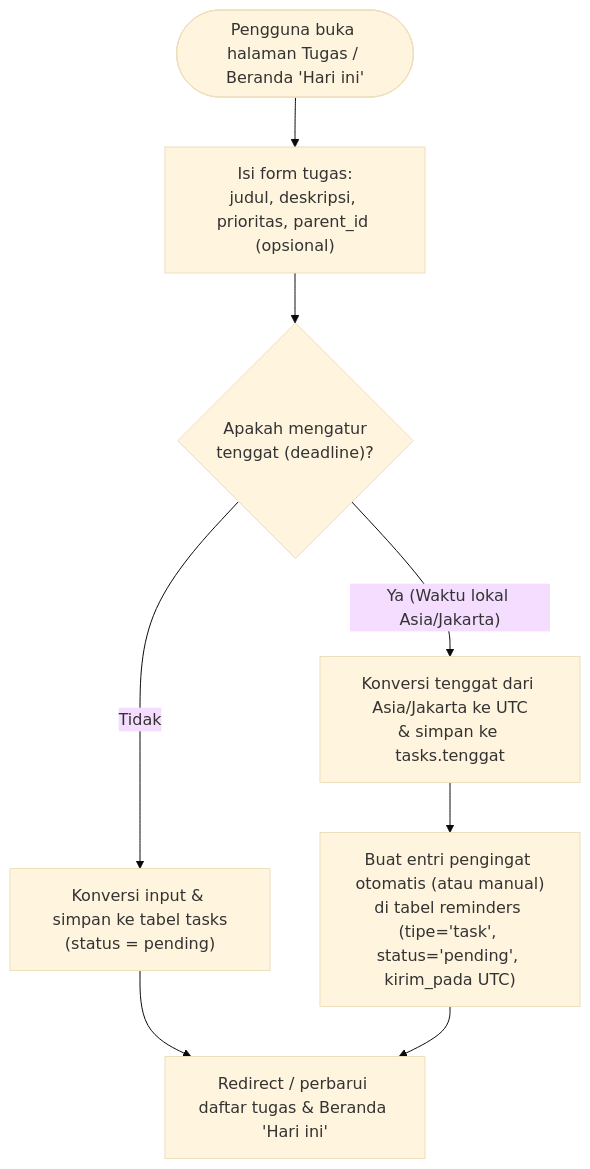
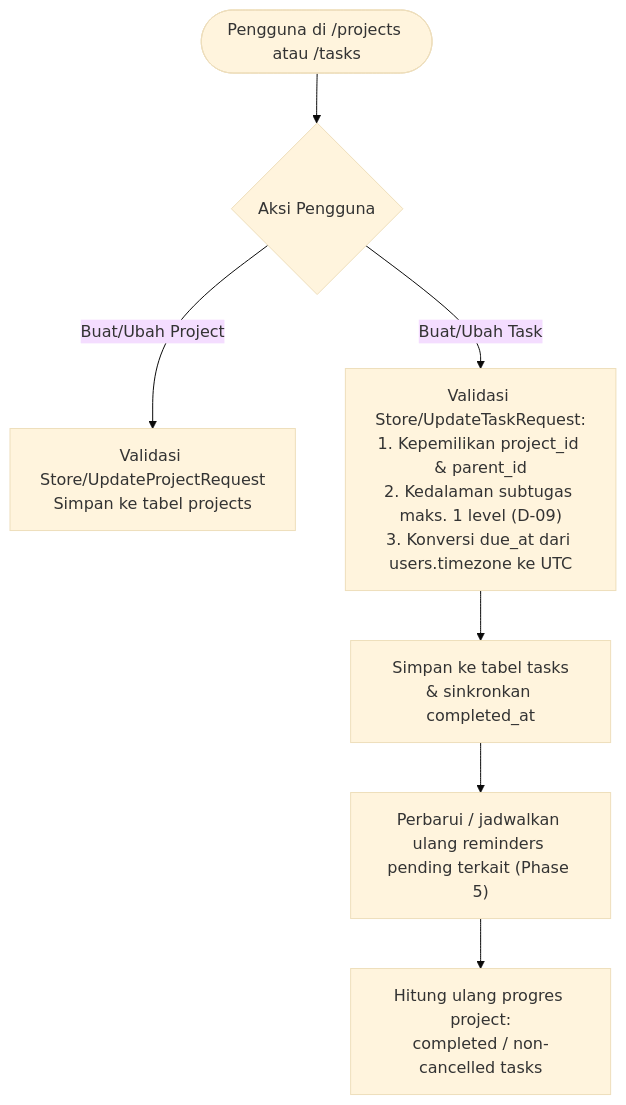
Before and after one commit to fardhanfahrezy/managjeh_react: the second of 5 diagrams in docs/USER_FLOW.md, drawn with Mermaid (base theme). The commit also changed other lines of this file and 12 other files, not shown here.

Commit message:
docs: update project specs, architecture, and phase-by-phase cookbook

````diff
--- a/docs/USER_FLOW.md
+++ b/docs/USER_FLOW.md
@@ -55,10 +27,9 @@
 ```mermaid
 flowchart TD
-    OpenTasks(["Pengguna buka halaman Tugas / Beranda 'Hari ini'"]) --> FillTask["Isi form tugas:\njudul, deskripsi, prioritas, parent_id (opsional)"]
-    FillTask --> HasDeadline{"Apakah mengatur\ntenggat (deadline)?"}
-    HasDeadline -->|"Tidak"| SaveTaskOnly["Konversi input & simpan ke tabel tasks\n(status = pending)"]
-    HasDeadline -->|"Ya (Waktu lokal Asia/Jakarta)"| ConvertUTC["Konversi tenggat dari Asia/Jakarta ke UTC\n& simpan ke tasks.tenggat"]
-    ConvertUTC --> AutoReminder["Buat entri pengingat otomatis (atau manual)\ndi tabel reminders (tipe='task', status='pending', kirim_pada UTC)"]
-    SaveTaskOnly --> RenderUI["Redirect / perbarui daftar tugas & Beranda 'Hari ini'"]
-    AutoReminder --> RenderUI
+    User(["Pengguna di /projects atau /tasks"]) --> Action{"Aksi Pengguna"}
+    Action -->|"Buat/Ubah Project"| SaveProject["Validasi Store/UpdateProjectRequest\nSimpan ke tabel projects"]
+    Action -->|"Buat/Ubah Task"| ValidateTask["Validasi Store/UpdateTaskRequest:\n1. Kepemilikan project_id & parent_id\n2. Kedalaman subtugas maks. 1 level (D-09)\n3. Konversi due_at dari users.timezone ke UTC"]
+    ValidateTask --> SaveTask["Simpan ke tabel tasks\n& sinkronkan completed_at"]
+    SaveTask --> SyncReminders["Perbarui / jadwalkan ulang reminders pending terkait (Phase 5)"]
+    SyncReminders --> UpdateProgress["Hitung ulang progres project:\ncompleted / non-cancelled tasks"]
 ```
````
